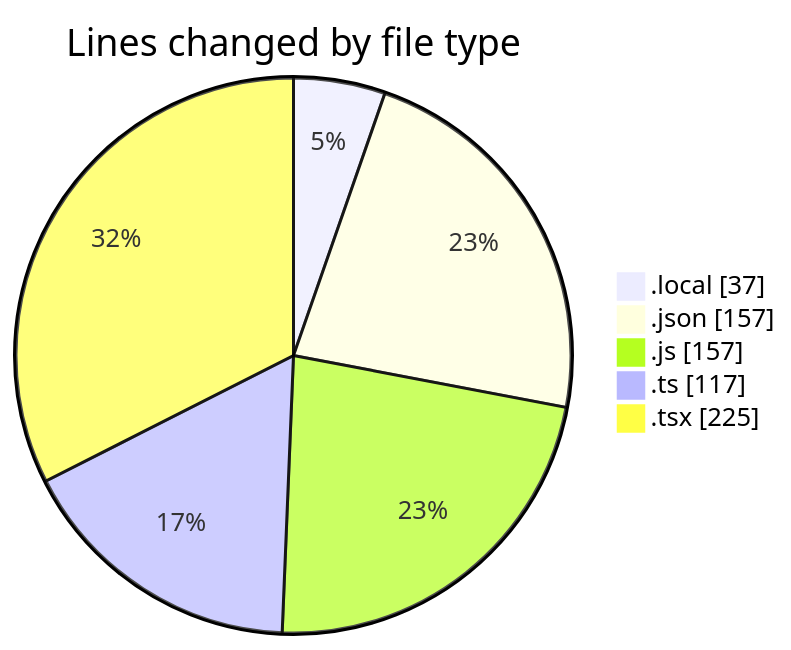
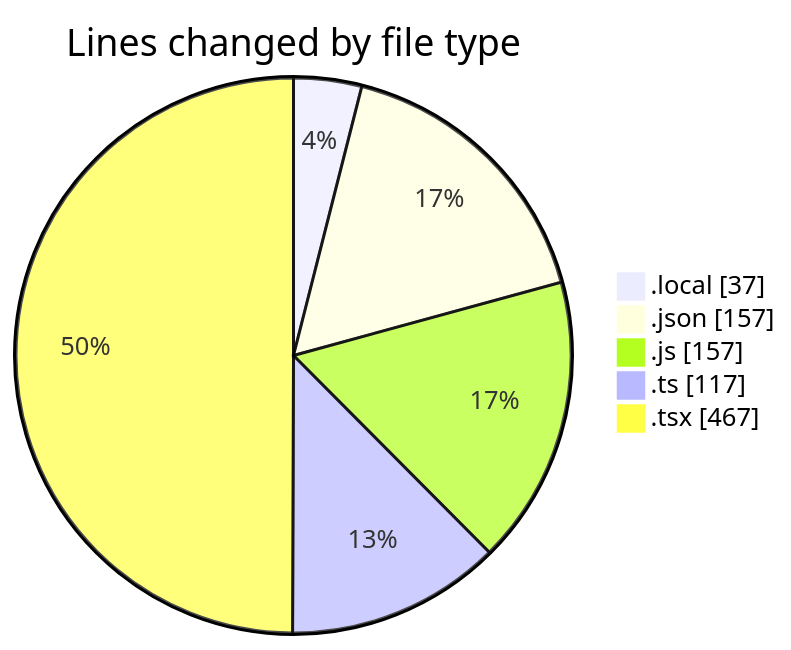
The first of 2 diagrams in 2026-02-17/id_ia/README.md (becaeroporto-bot/code-tracking), drawn with Mermaid before and after one commit. The commit also changed other lines of this file and 1 other file, not shown here.

````diff
--- a/2026-02-17/id_ia/README.md
+++ b/2026-02-17/id_ia/README.md
@@ -27,9 +28,9 @@
 ```mermaid
 pie showData
 title Lines changed by file type
 ".local" : 37
 ".json" : 157
 ".js" : 157
 ".ts" : 117
-".tsx" : 225
+".tsx" : 467
 ```
````
